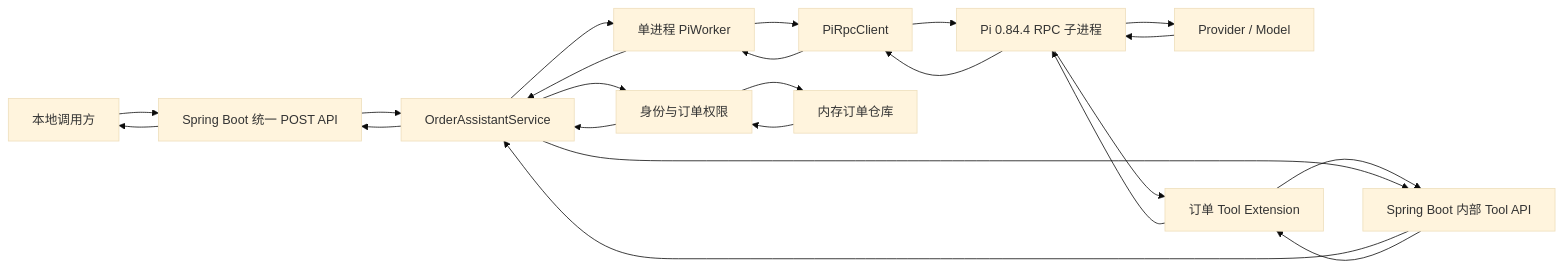
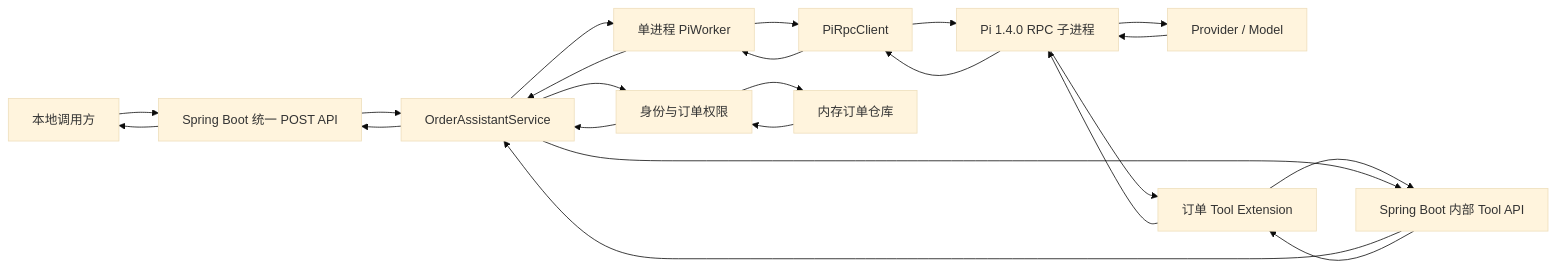
Before and after one commit to small-xiexu/pi-study: the first of 2 diagrams in docs/plans/spring-boot-pi-order-assistant-design.md, drawn with Mermaid (base theme). The commit also changed other lines of this file, not shown here.

````diff
--- a/docs/plans/spring-boot-pi-order-assistant-design.md
+++ b/docs/plans/spring-boot-pi-order-assistant-design.md
@@ -47,21 +48,21 @@
 ```mermaid
 flowchart LR
     caller[本地调用方]
     api[Spring Boot 统一 POST API]
     orderSvc[OrderAssistantService]
     worker[单进程 PiWorker]
     rpc[PiRpcClient]
-    pi[Pi 0.84.4 RPC 子进程]
+    pi[Pi 1.4.0 RPC 子进程]
     model[Provider / Model]
     ext[订单 Tool Extension]
     bridge[Spring Boot 内部 Tool API]
     access[身份与订单权限]
     repo[内存订单仓库]
 
     caller --> api --> orderSvc --> worker --> rpc --> pi
     pi --> model --> pi
     pi --> ext --> bridge --> orderSvc
     orderSvc --> access --> repo
     repo --> access --> orderSvc --> bridge --> ext --> pi
     pi --> rpc --> worker --> orderSvc --> api --> caller
 ```
````
